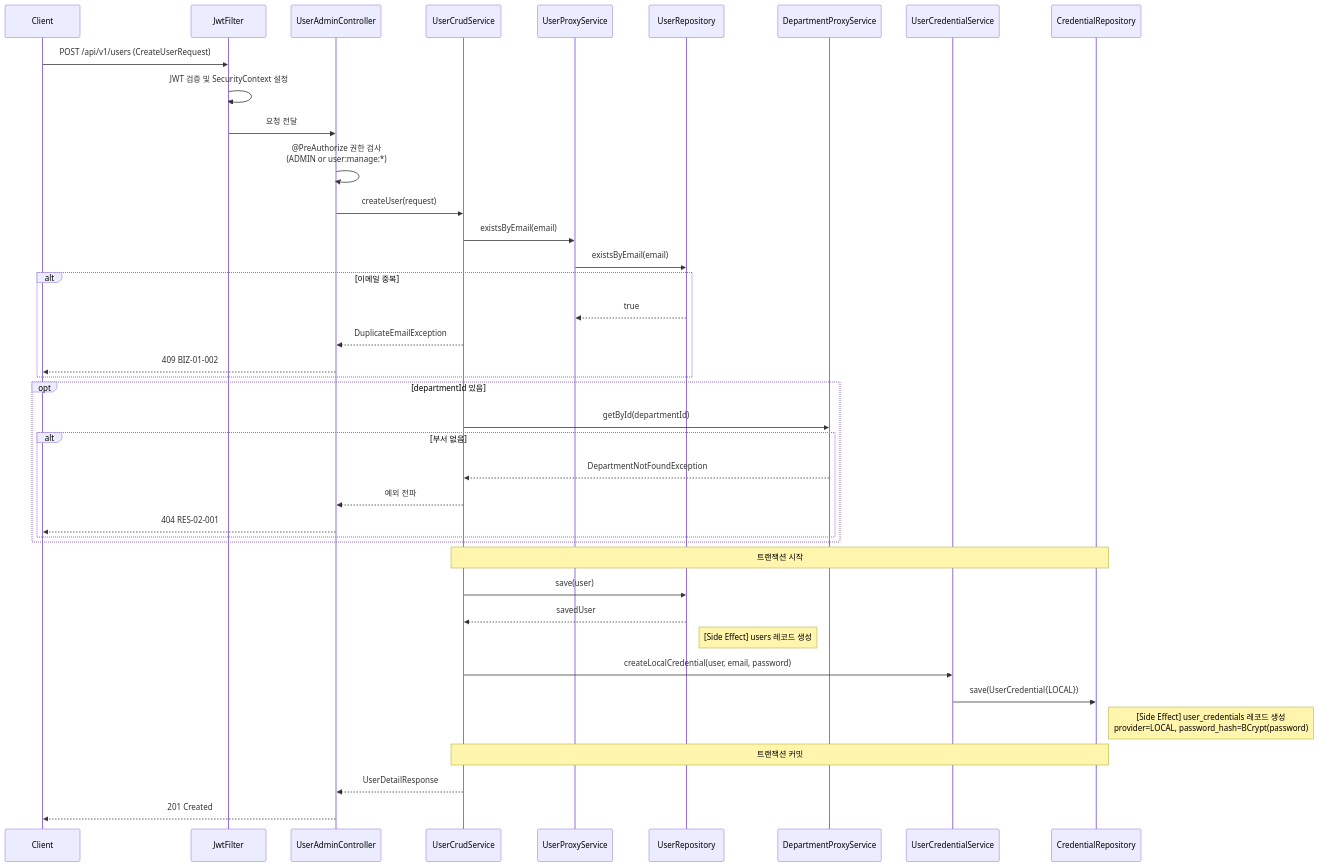
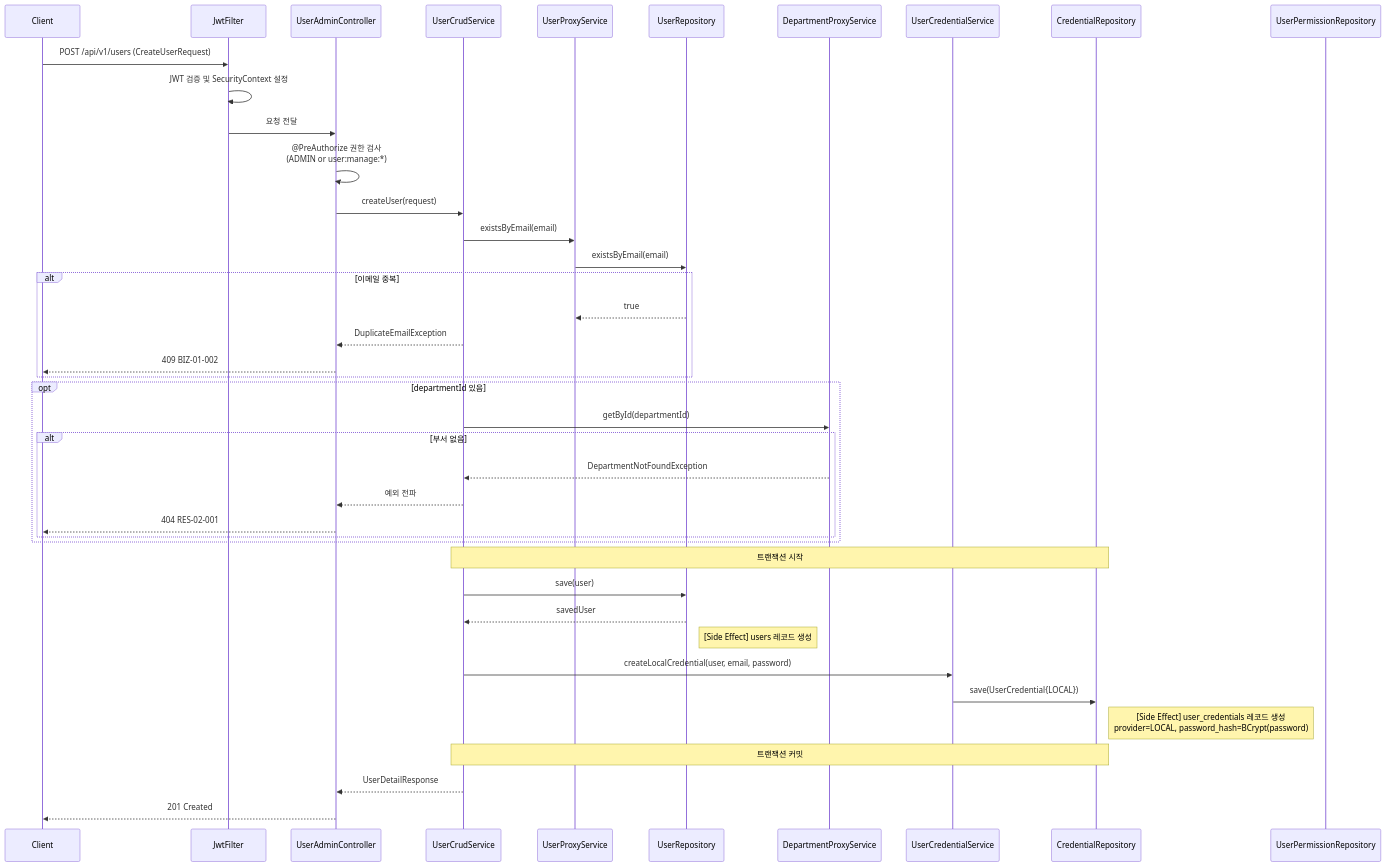
Before and after one commit to Geumjeongyahak/Backend: the third of 10 diagrams in docs/Domain/User/SequenceDiagram.md, drawn with Mermaid. The commit also changed other lines of this file and 22 other files, not shown here.

````diff
--- a/docs/Domain/User/SequenceDiagram.md
+++ b/docs/Domain/User/SequenceDiagram.md
@@ -71,48 +71,49 @@
 ```mermaid
 sequenceDiagram
     participant Client
     participant JwtFilter
     participant UserAdminController
     participant UserCrudService
     participant UserProxyService
     participant UserRepository
     participant DepartmentProxyService
     participant UserCredentialService
     participant CredentialRepository
+    participant UserPermissionRepository
 
     Client->>JwtFilter: POST /api/v1/users (CreateUserRequest)
     JwtFilter->>JwtFilter: JWT 검증 및 SecurityContext 설정
     JwtFilter->>UserAdminController: 요청 전달
     UserAdminController->>UserAdminController: @PreAuthorize 권한 검사<br/>(ADMIN or user:manage:*)
     UserAdminController->>UserCrudService: createUser(request)
 
     UserCrudService->>UserProxyService: existsByEmail(email)
     UserProxyService->>UserRepository: existsByEmail(email)
     alt 이메일 중복
         UserRepository-->>UserProxyService: true
         UserCrudService-->>UserAdminController: DuplicateEmailException
         UserAdminController-->>Client: 409 BIZ-01-002
     end
 
     opt departmentId 있음
         UserCrudService->>DepartmentProxyService: getById(departmentId)
         alt 부서 없음
             DepartmentProxyService-->>UserCrudService: DepartmentNotFoundException
             UserCrudService-->>UserAdminController: 예외 전파
             UserAdminController-->>Client: 404 RES-02-001
         end
     end
 
     Note over UserCrudService,CredentialRepository: 트랜잭션 시작
     UserCrudService->>UserRepository: save(user)
     UserRepository-->>UserCrudService: savedUser
     Note right of UserRepository: [Side Effect] users 레코드 생성
 
     UserCrudService->>UserCredentialService: createLocalCredential(user, email, password)
     UserCredentialService->>CredentialRepository: save(UserCredential{LOCAL})
     Note right of CredentialRepository: [Side Effect] user_credentials 레코드 생성<br/>provider=LOCAL, password_hash=BCrypt(password)
     Note over UserCrudService,CredentialRepository: 트랜잭션 커밋
 
     UserCrudService-->>UserAdminController: UserDetailResponse
     UserAdminController-->>Client: 201 Created
 ```
````
